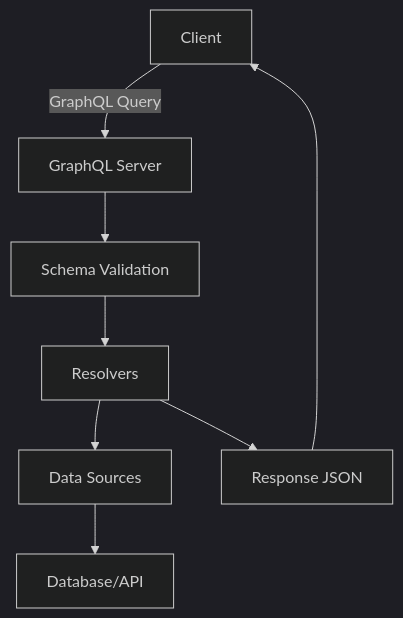
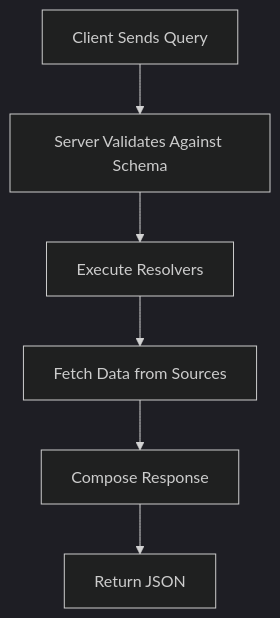
Before and after one commit to VrushankPatel/interview-matters: the diagram in graphql-apis/README.md, drawn with Mermaid (dark theme). The commit also changed other lines of this file and 5 other files, not shown here.

Commit message:
kb: add/update topics kubernetes-basics, docker-containerization, restful-api-design, graphql-apis, oauth-2-0-implementation

````diff
--- a/graphql-apis/README.md
+++ b/graphql-apis/README.md
@@ -39,10 +74,8 @@
 ```mermaid
 graph TD
-    A[Client] -->|GraphQL Query| B[GraphQL Server]
-    B --> C[Schema Validation]
-    C --> D[Resolvers]
-    D --> E[Data Sources]
-    E --> F[Database/API]
-    D --> G[Response JSON]
-    G --> A
+    A[Client Sends Query] --> B[Server Validates Against Schema]
+    B --> C[Execute Resolvers]
+    C --> D[Fetch Data from Sources]
+    D --> E[Compose Response]
+    E --> F[Return JSON]
 ```
````
